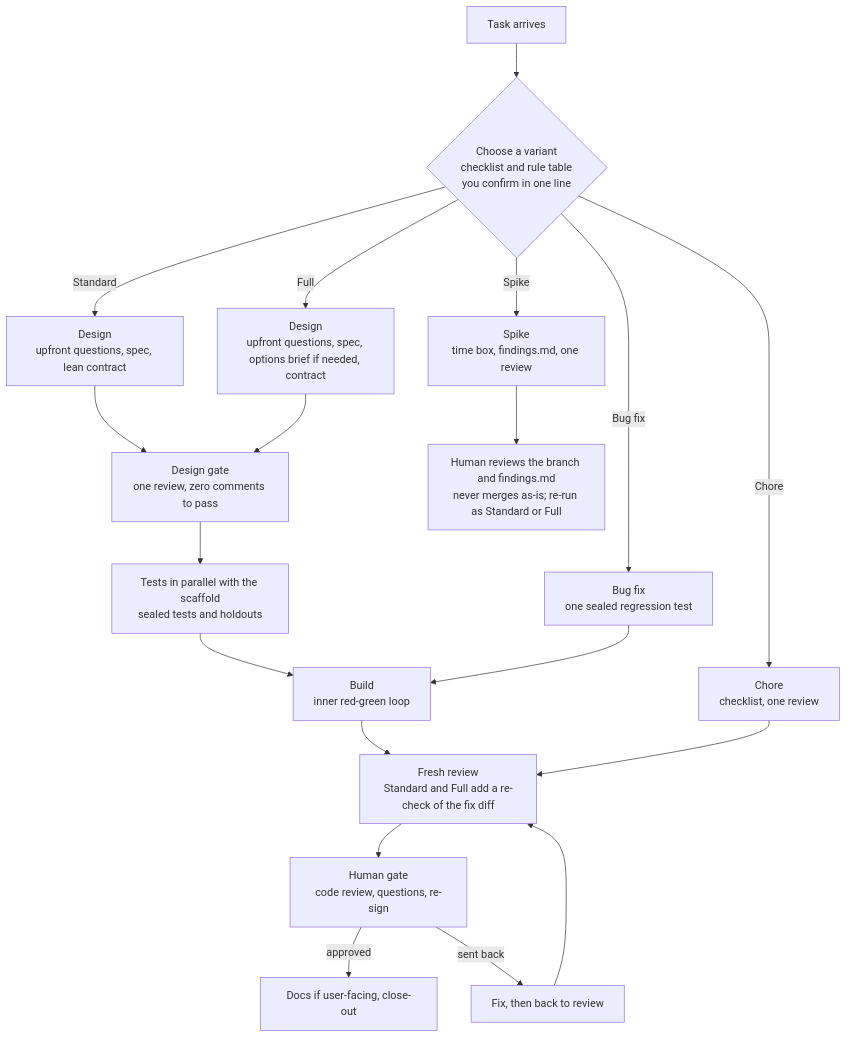
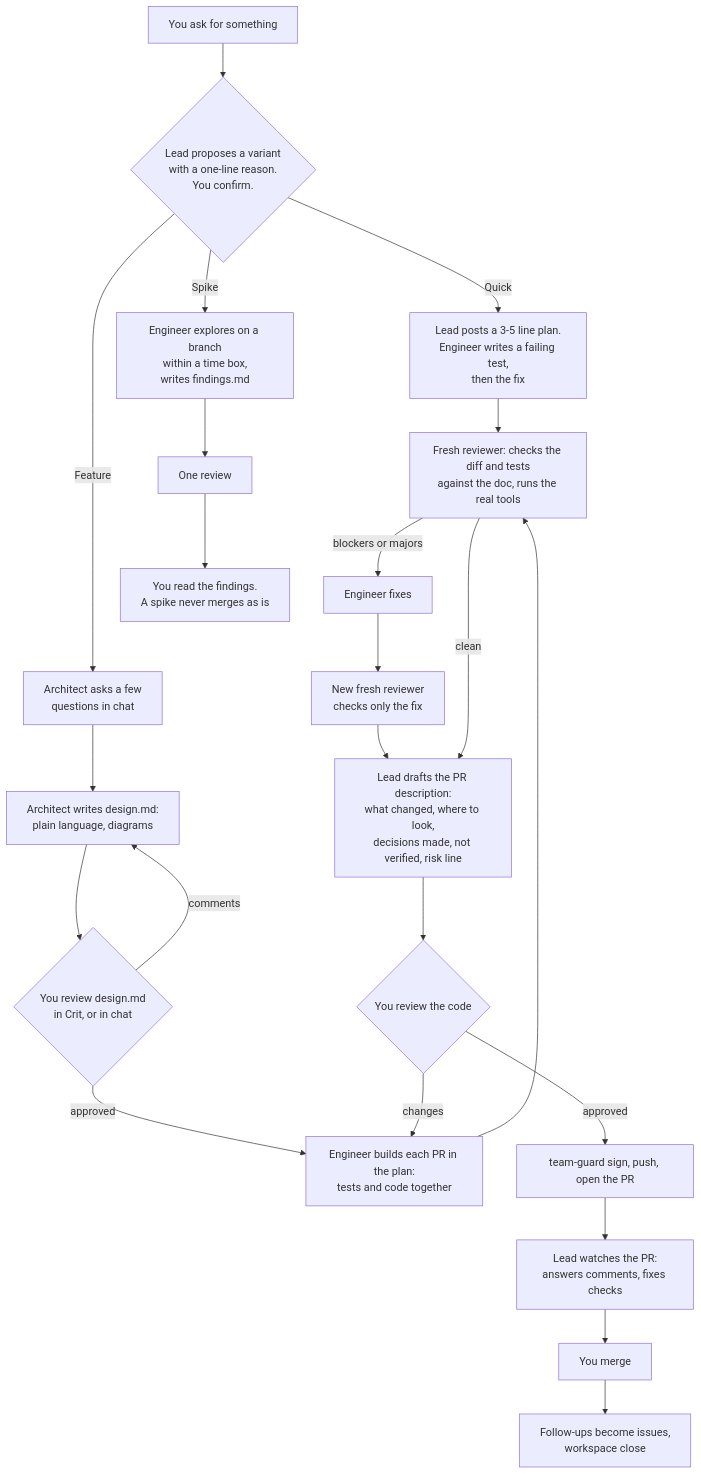
The diagram in docs/workflow.md (inf0rmer/agentic-workflow), drawn with Mermaid before and after one commit. The commit also changed other lines of this file and 168 other files, not shown here.

First line of the commit message:
Simplify the workflow around one readable design doc (#8)

````diff
--- a/docs/workflow.md
+++ b/docs/workflow.md
@@ -5,21 +5,23 @@
 ```mermaid
 flowchart TD
-    Start["Task arrives"] --> Route{"Choose a variant<br/>checklist and rule table<br/>you confirm in one line"}
-    Route -->|"Chore"| Chore["Chore<br/>checklist, one review"]
-    Route -->|"Bug fix"| BugTest["Bug fix<br/>one sealed regression test"]
-    Route -->|"Spike"| Spike["Spike<br/>time box, findings.md, one review"]
-    Route -->|"Standard"| StdDesign["Design<br/>upfront questions, spec, lean contract"]
-    Route -->|"Full"| FullDesign["Design<br/>upfront questions, spec, options brief if needed, contract"]
-    StdDesign --> Gate["Design gate<br/>one review, zero comments to pass"]
-    FullDesign --> Gate
-    Gate --> Tests["Tests in parallel with the scaffold<br/>sealed tests and holdouts"]
-    Tests --> Build["Build<br/>inner red-green loop"]
-    BugTest --> Build
-    Build --> Review["Fresh review<br/>Standard and Full add a re-check of the fix diff"]
-    Chore --> Review
-    Review --> Human["Human gate<br/>code review, questions, re-sign"]
-    Spike --> SpikeHuman["Human reviews the branch and findings.md<br/>never merges as-is; re-run as Standard or Full"]
-    Human -->|"approved"| Close["Docs if user-facing, close-out"]
-    Human -->|"sent back"| Rework["Fix, then back to review"]
-    Rework --> Review
+    A[You ask for something] --> B{Lead proposes a variant<br/>with a one-line reason.<br/>You confirm.}
+    B -->|Quick| Q[Lead posts a 3-5 line plan.<br/>Engineer writes a failing test,<br/>then the fix]
+    B -->|Spike| S[Engineer explores on a branch<br/>within a time box,<br/>writes findings.md]
+    B -->|Feature| F1[Architect asks a few<br/>questions in chat]
+    F1 --> F2[Architect writes design.md:<br/>plain language, diagrams]
+    F2 --> F3{You review design.md<br/>in Crit, or in chat}
+    F3 -->|comments| F2
+    F3 -->|approved| F4[Engineer builds each PR in the plan:<br/>tests and code together]
+    Q --> R
+    F4 --> R[Fresh reviewer: checks the diff and tests<br/>against the doc, runs the real tools]
+    R -->|blockers or majors| X[Engineer fixes] --> R2[New fresh reviewer<br/>checks only the fix]
+    R2 --> P
+    R -->|clean| P[Lead drafts the PR description:<br/>what changed, where to look,<br/>decisions made, not verified, risk line]
+    S --> SR[One review] --> SH[You read the findings.<br/>A spike never merges as is]
+    P --> H{You review the code}
+    H -->|changes| F4
+    H -->|approved| G[team-guard sign, push, open the PR]
+    G --> W[Lead watches the PR:<br/>answers comments, fixes checks]
+    W --> M[You merge]
+    M --> C[Follow-ups become issues,<br/>workspace close]
 ```
````
